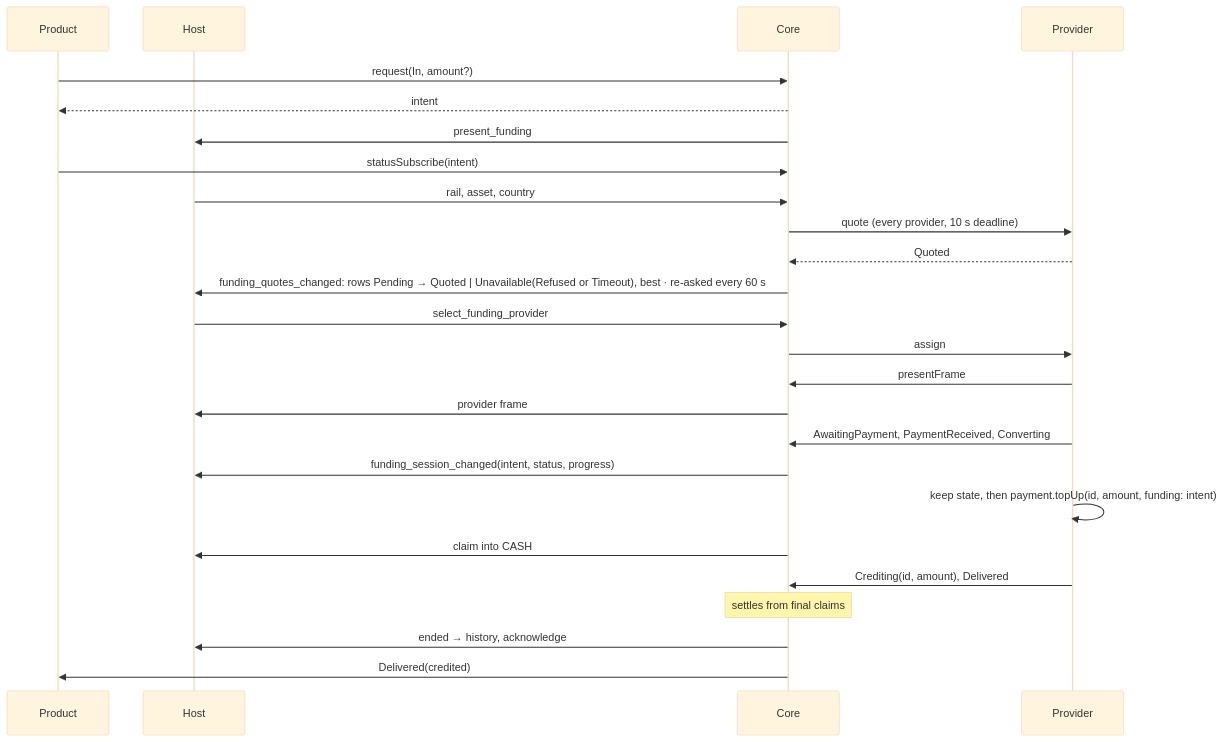
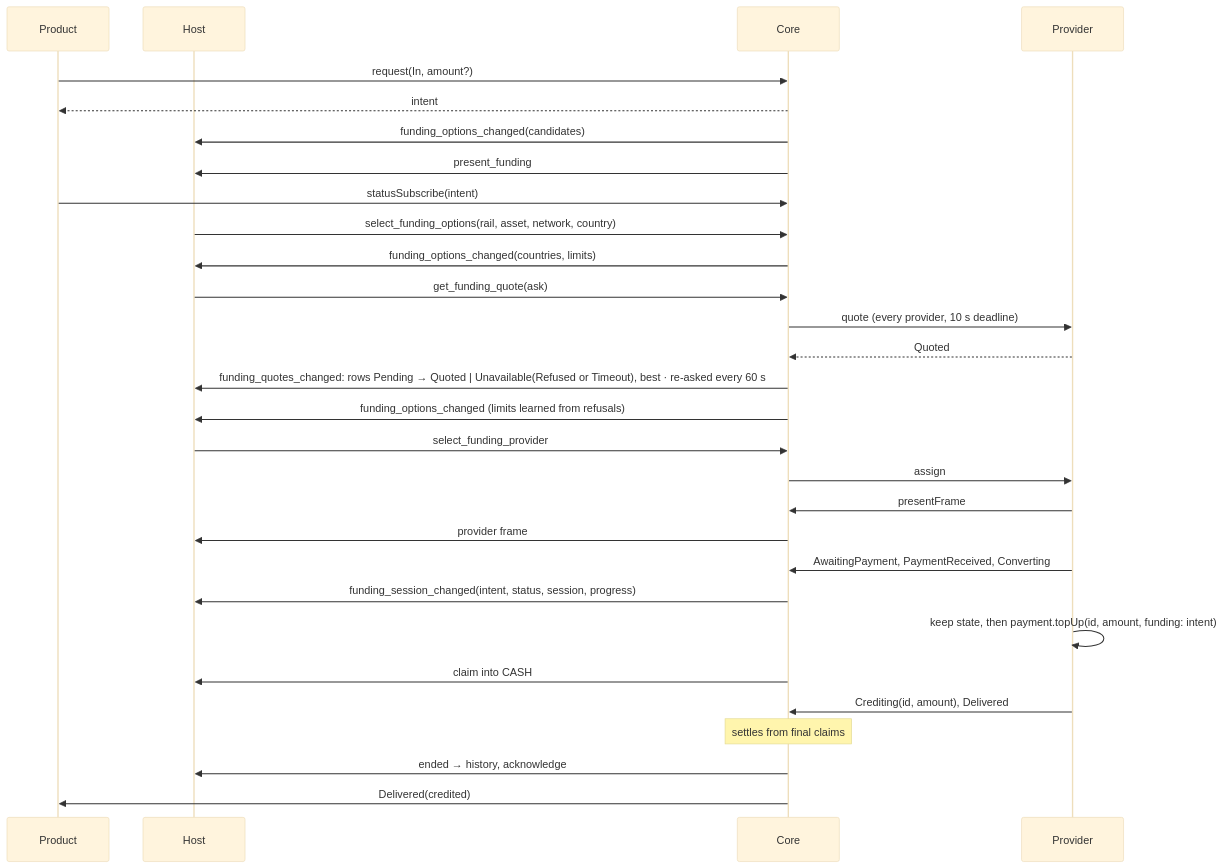
Before and after one commit to paritytech/trinity-user-agents: the third of 8 diagrams in docs/design/funding-modality.md, drawn with Mermaid (base theme). The commit also changed other lines of this file, not shown here.

Commit message:
docs: the host draws funding from what the core pushes

````diff
--- a/docs/design/funding-modality.md
+++ b/docs/design/funding-modality.md
@@ -97,27 +102,31 @@
 ```mermaid
 sequenceDiagram
   participant P as Product
   participant H as Host
   participant C as Core
   participant W as Provider
   P->>C: request(In, amount?)
   C-->>P: intent
+  C->>H: funding_options_changed(candidates)
   C->>H: present_funding
   P->>C: statusSubscribe(intent)
-  H->>C: rail, asset, country
+  H->>C: select_funding_options(rail, asset, network, country)
+  C->>H: funding_options_changed(countries, limits)
+  H->>C: get_funding_quote(ask)
   C->>W: quote (every provider, 10 s deadline)
   W-->>C: Quoted
   C->>H: funding_quotes_changed: rows Pending → Quoted | Unavailable(Refused or Timeout), best · re-asked every 60 s
+  C->>H: funding_options_changed (limits learned from refusals)
   H->>C: select_funding_provider
   C->>W: assign
   W->>C: presentFrame
   C->>H: provider frame
   W->>C: AwaitingPayment, PaymentReceived, Converting
-  C->>H: funding_session_changed(intent, status, progress)
+  C->>H: funding_session_changed(intent, status, session, progress)
   W->>W: keep state, then payment.topUp(id, amount, funding: intent)
   C->>H: claim into CASH
   W->>C: Crediting(id, amount), Delivered
   Note over C: settles from final claims
   C->>H: ended → history, acknowledge
   C->>P: Delivered(credited)
 ```
````
